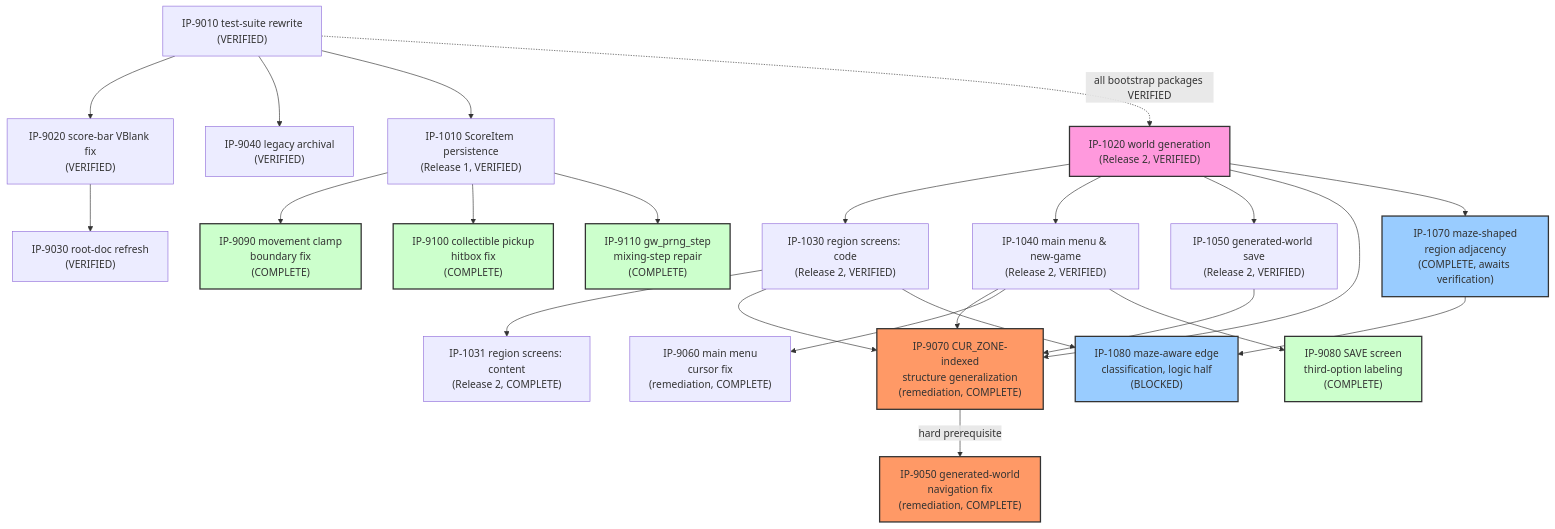
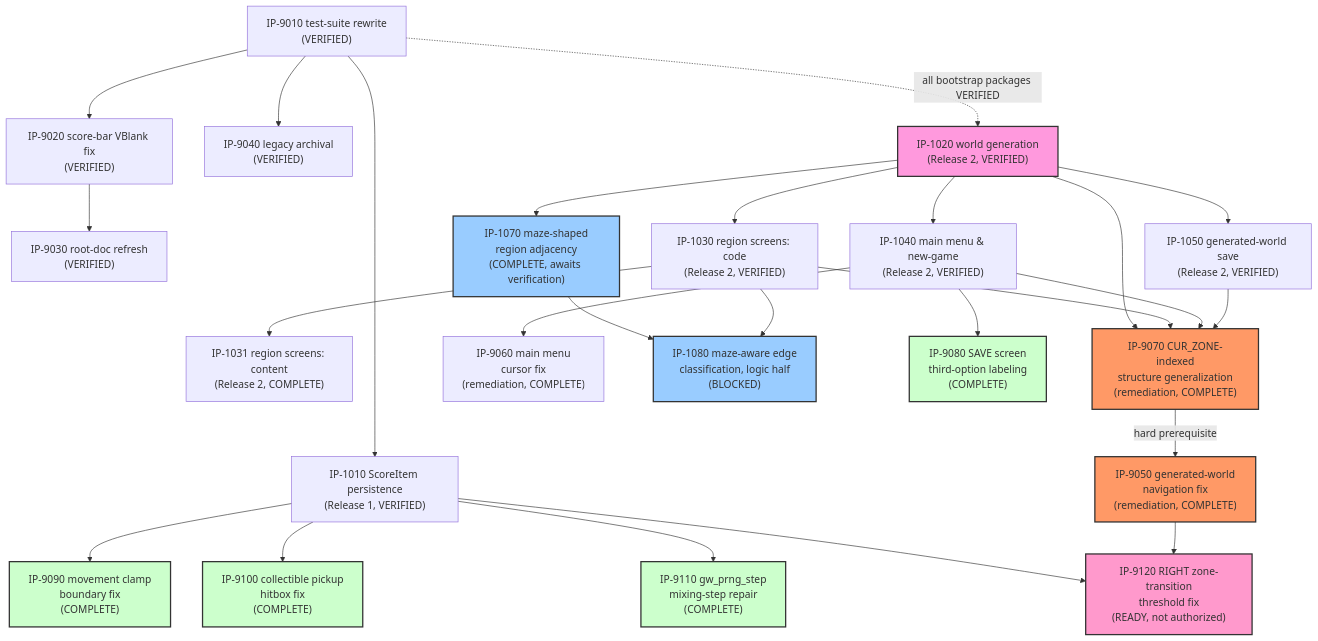
One commit to Zabin/RsGame changed the diagram in docs/implementation/00-master-build-plan.md. Above: the diagram before and after it, drawn with Mermaid. The commit also changed other lines of this file and 4 other files, not shown here.

First line of the commit message:
docs(implementation): IP-9120 -- RIGHT zone-transition threshold fix

````diff
--- a/docs/implementation/00-master-build-plan.md
+++ b/docs/implementation/00-master-build-plan.md
@@ -148,63 +154,69 @@
 ```mermaid
 graph TD
     IP9010["IP-9010 test-suite rewrite<br/>(VERIFIED)"]
     IP9020["IP-9020 score-bar VBlank fix<br/>(VERIFIED)"]
     IP9030["IP-9030 root-doc refresh<br/>(VERIFIED)"]
     IP9040["IP-9040 legacy archival<br/>(VERIFIED)"]
     IP1010["IP-1010 ScoreItem persistence<br/>(Release 1, VERIFIED)"]
     IP9010 --> IP9020
     IP9010 --> IP9040
     IP9010 --> IP1010
     IP9020 --> IP9030
 
     IP1020["IP-1020 world generation<br/>(Release 2, VERIFIED)"]
     IP1030["IP-1030 region screens: code<br/>(Release 2, VERIFIED)"]
     IP1031["IP-1031 region screens: content<br/>(Release 2, COMPLETE)"]
     IP1040["IP-1040 main menu & new-game<br/>(Release 2, VERIFIED)"]
     IP1050["IP-1050 generated-world save<br/>(Release 2, VERIFIED)"]
     IP9010 -.all bootstrap packages VERIFIED.-> IP1020
     IP1020 --> IP1030
     IP1030 --> IP1031
     IP1020 --> IP1040
     IP1020 --> IP1050
 
     style IP1020 fill:#f9d,stroke:#333,stroke-width:2px
 
     IP9070["IP-9070 CUR_ZONE-indexed<br/>structure generalization<br/>(remediation, COMPLETE)"]
     IP9050["IP-9050 generated-world<br/>navigation fix<br/>(remediation, COMPLETE)"]
     IP9060["IP-9060 main menu<br/>cursor fix<br/>(remediation, COMPLETE)"]
     IP1020 --> IP9070
     IP1030 --> IP9070
     IP1040 --> IP9070
     IP1050 --> IP9070
     IP9070 -->|hard prerequisite| IP9050
     IP1040 --> IP9060
 
     style IP9070 fill:#f96,stroke:#333,stroke-width:2px
     style IP9050 fill:#f96,stroke:#333,stroke-width:2px
 
     IP1070["IP-1070 maze-shaped<br/>region adjacency<br/>(COMPLETE, awaits verification)"]
     IP1080["IP-1080 maze-aware edge<br/>classification, logic half<br/>(BLOCKED)"]
     IP1020 --> IP1070
     IP1070 --> IP1080
     IP1030 --> IP1080
 
     style IP1070 fill:#9cf,stroke:#333,stroke-width:2px
     style IP1080 fill:#9cf,stroke:#333,stroke-width:2px
 
     IP9090["IP-9090 movement clamp<br/>boundary fix<br/>(COMPLETE)"]
     IP9100["IP-9100 collectible pickup<br/>hitbox fix<br/>(COMPLETE)"]
     IP9080["IP-9080 SAVE screen<br/>third-option labeling<br/>(COMPLETE)"]
     IP1010 --> IP9090
     IP1010 --> IP9100
     IP1040 --> IP9080
 
     style IP9090 fill:#cfc,stroke:#333,stroke-width:2px
     style IP9100 fill:#cfc,stroke:#333,stroke-width:2px
     style IP9080 fill:#cfc,stroke:#333,stroke-width:2px
 
     IP9110["IP-9110 gw_prng_step<br/>mixing-step repair<br/>(COMPLETE)"]
     IP1010 --> IP9110
 
     style IP9110 fill:#cfc,stroke:#333,stroke-width:2px
+
+    IP9120["IP-9120 RIGHT zone-transition<br/>threshold fix<br/>(READY, not authorized)"]
+    IP1010 --> IP9120
+    IP9050 --> IP9120
+
+    style IP9120 fill:#f9c,stroke:#333,stroke-width:2px
 ```
````
